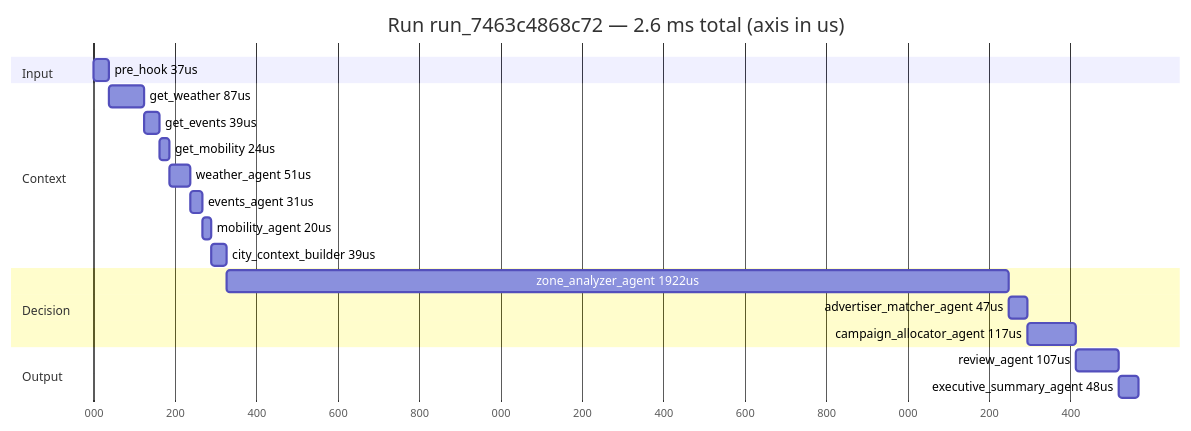
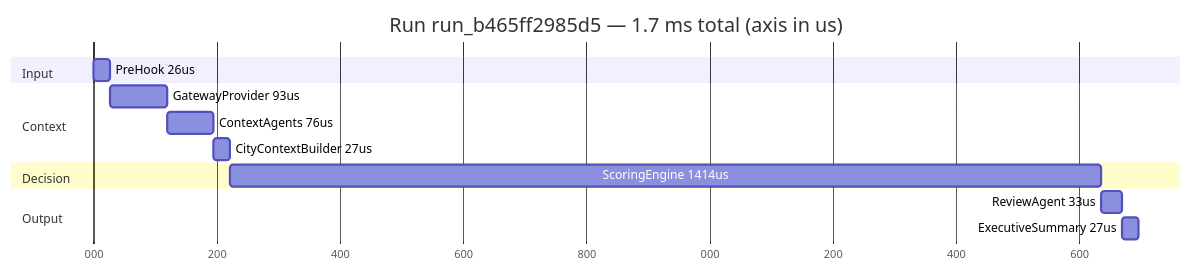
The diagram in docs/STATUS.md (ClementV78/aws-agentic-campaign-mvp), drawn with Mermaid before and after one commit. The commit also changed other lines of this file and 13 other files, not shown here.

First line of the commit message:
docs: resync to the deployed agentic MVP + capability map & trace diagrams

````diff
--- a/docs/STATUS.md
+++ b/docs/STATUS.md
@@ -4,24 +9,18 @@
 ```mermaid
 gantt
-    title Run run_7463c4868c72 — 2.6 ms total (axis in us)
+    title Run run_b465ff2985d5 — 1.7 ms total (axis in us)
     dateFormat x
     axisFormat %L
     todayMarker off
     section Input
-    pre_hook 37us :0, 37
+    PreHook 26us :0, 26
     section Context
-    get_weather 87us :37, 124
-    get_events 39us :124, 163
-    get_mobility 24us :163, 187
-    weather_agent 51us :187, 238
-    events_agent 31us :238, 269
-    mobility_agent 20us :269, 289
-    city_context_builder 39us :289, 328
+    GatewayProvider 93us :26, 119
+    ContextAgents 76us :119, 195
+    CityContextBuilder 27us :195, 222
     section Decision
-    zone_analyzer_agent 1922us :328, 2250
-    advertiser_matcher_agent 47us :2250, 2297
-    campaign_allocator_agent 117us :2297, 2414
+    ScoringEngine 1414us :222, 1636
     section Output
-    review_agent 107us :2414, 2521
-    executive_summary_agent 48us :2521, 2569
+    ReviewAgent 33us :1636, 1669
+    ExecutiveSummary 27us :1669, 1696
 ```
````
